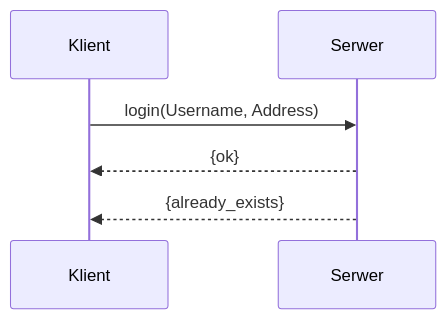
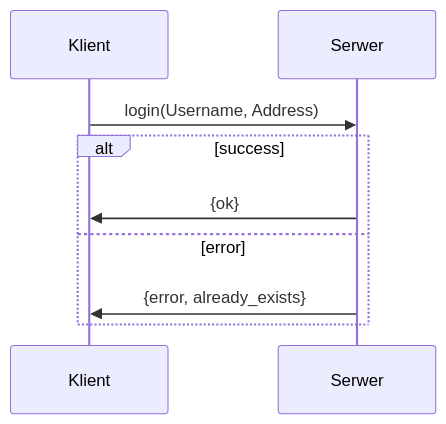
Before and after one commit to ZbiStr/communicator: the first of 2 diagrams in doc/protocol.md, drawn with Mermaid. The commit also changed other lines of this file, not shown here.

````diff
--- a/doc/protocol.md
+++ b/doc/protocol.md
@@ -16,6 +16,9 @@
 ```mermaid
 sequenceDiagram
 Klient ->> Serwer: login(Username, Address)
-Serwer -->> Klient: {ok}
-Serwer -->> Klient: {already_exists}
+alt success
+Serwer ->> Klient: {ok}
+else error
+Serwer ->> Klient: {error, already_exists}
+end
 ```
````
